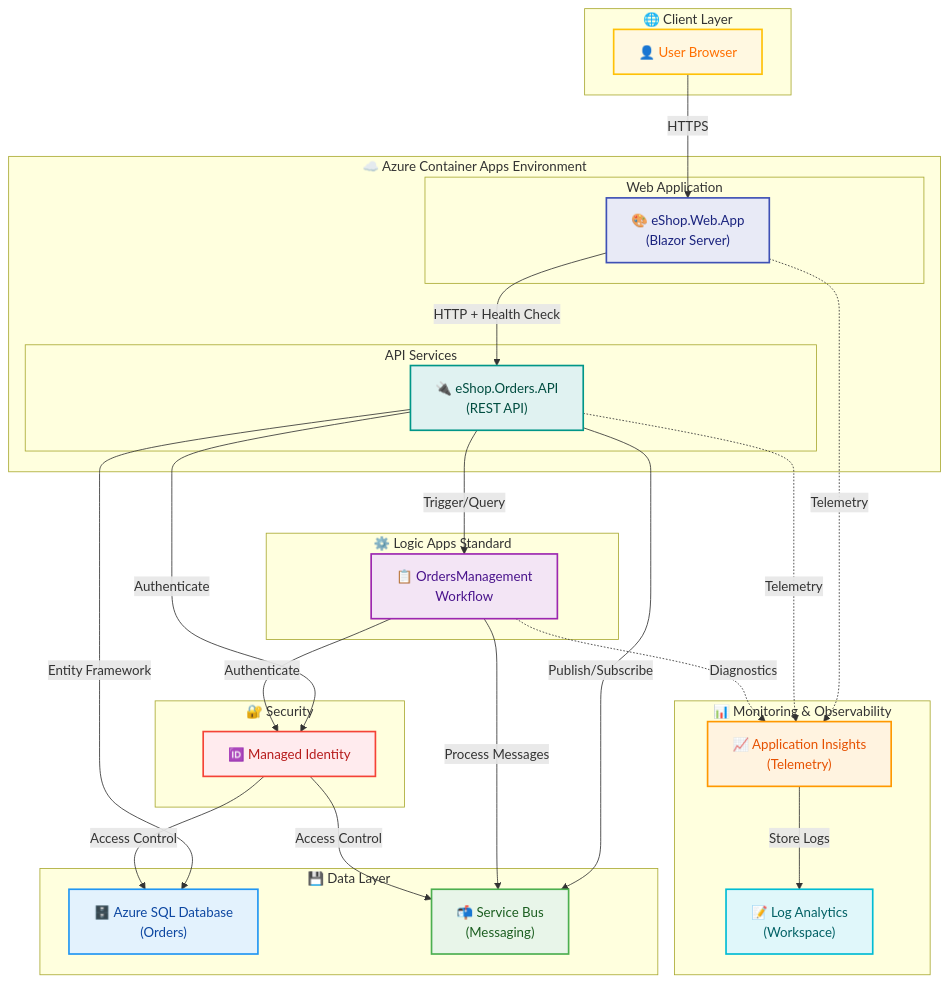
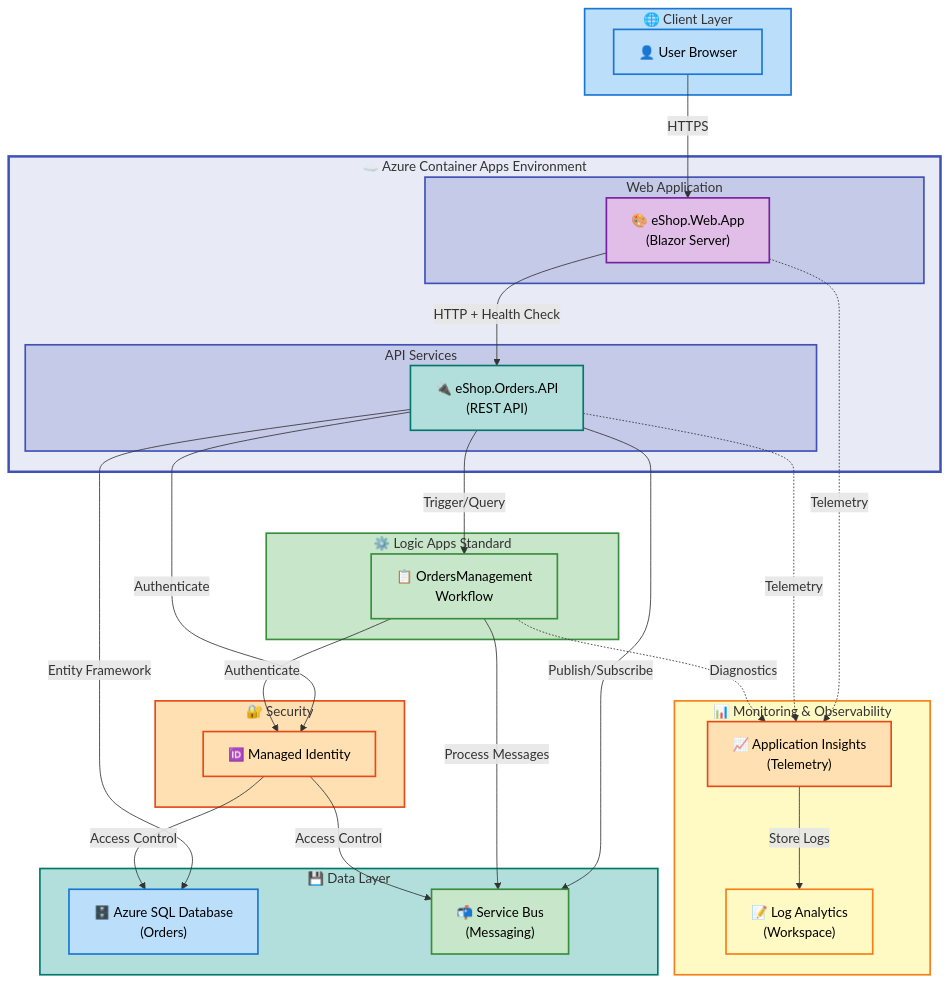
One commit to Evilazaro/Azure-LogicApps-Monitoring changed the diagram in README.md. Above: the diagram before and after it, drawn with Mermaid.

Commit message:
Enhance README.md with detailed color scheme documentation and accessibility improvements for flowchart styling

````diff
--- a/README.md
+++ b/README.md
@@ -51,13 +51,42 @@
     accTitle: Azure Logic Apps Monitoring Architecture
     accDescr: Multi-tier architecture showing web app, API services, Logic Apps workflows, and Azure monitoring infrastructure
 
+    %% ============================================
+    %% COLOR SCHEME DOCUMENTATION
+    %% ============================================
+    %% HIERARCHICAL (structural nesting):
+    %%   Level 1: #E8EAF6 (Indigo 50) - Main container (aca)
+    %%   Level 2: #C5CAE9 (Indigo 100) - Sub-containers (webapp, api)
+    %% SEMANTIC (functional purpose at Level 1):
+    %%   Client Layer: Blue #BBDEFB (User interaction)
+    %%   Workflows: Green #C8E6C9 (Process/workload)
+    %%   Data Layer: Teal #B2DFDB (Data storage)
+    %%   Monitoring: Yellow #FFF9C4 (Observability)
+    %%   Security: Orange #FFE0B2 (Authentication)
+    %% CONTENT NODES: Material Design 100-level semantic colors
+    %% ============================================
+
+    %% ============================================
+    %% STANDARD COLOR SCHEME
+    %% ============================================
+    classDef level1Group fill:#E8EAF6,stroke:#3F51B5,stroke-width:3px,color:#000
+    classDef level2Group fill:#C5CAE9,stroke:#3F51B5,stroke-width:2px,color:#000
+    classDef mdBlue fill:#BBDEFB,stroke:#1976D2,stroke-width:2px,color:#000
+    classDef mdGreen fill:#C8E6C9,stroke:#388E3C,stroke-width:2px,color:#000
+    classDef mdYellow fill:#FFF9C4,stroke:#F57F17,stroke-width:2px,color:#000
+    classDef mdOrange fill:#FFE0B2,stroke:#E64A19,stroke-width:2px,color:#000
+    classDef mdTeal fill:#B2DFDB,stroke:#00796B,stroke-width:2px,color:#000
+    classDef mdPurple fill:#E1BEE7,stroke:#7B1FA2,stroke-width:2px,color:#000
+    classDef mdRed fill:#FFCDD2,stroke:#D32F2F,stroke-width:2px,color:#000
+    %% ============================================
+
     subgraph client["🌐 Client Layer"]
-        user["👤 User Browser"]:::mdAmber
+        user["👤 User Browser"]:::mdBlue
     end
 
     subgraph aca["☁️ Azure Container Apps Environment"]
         subgraph webapp["Web Application"]
-            blazor["🎨 eShop.Web.App<br/>(Blazor Server)"]:::mdIndigo
+            blazor["🎨 eShop.Web.App<br/>(Blazor Server)"]:::mdPurple
         end
 
         subgraph api["API Services"]
@@ -66,7 +95,7 @@
     end
 
     subgraph workflows["⚙️ Logic Apps Standard"]
-        logicapp["📋 OrdersManagement<br/>Workflow"]:::mdPurple
+        logicapp["📋 OrdersManagement<br/>Workflow"]:::mdGreen
     end
 
     subgraph data["💾 Data Layer"]
@@ -76,11 +105,11 @@
 
     subgraph monitoring["📊 Monitoring & Observability"]
         appinsights["📈 Application Insights<br/>(Telemetry)"]:::mdOrange
-        loganalytics["📝 Log Analytics<br/>(Workspace)"]:::mdCyan
+        loganalytics["📝 Log Analytics<br/>(Workspace)"]:::mdYellow
     end
 
     subgraph identity["🔐 Security"]
-        managedid["🆔 Managed Identity"]:::mdRed
+        managedid["🆔 Managed Identity"]:::mdOrange
     end
 
     user -->|HTTPS| blazor
@@ -100,13 +129,17 @@
     managedid -->|Access Control| sqldb
     managedid -->|Access Control| servicebus
 
-    classDef mdIndigo fill:#E8EAF6,stroke:#3F51B5,stroke-width:2px,color:#1A237E
-    classDef mdTeal fill:#E0F2F1,stroke:#009688,stroke-width:2px,color:#004D40
-    classDef mdPurple fill:#F3E5F5,stroke:#9C27B0,stroke-width:2px,color:#4A148C
-    classDef mdBlue fill:#E3F2FD,stroke:#2196F3,stroke-width:2px,color:#0D47A1
-    classDef mdGreen fill:#E8F5E9,stroke:#4CAF50,stroke-width:2px,color:#1B5E20
-    classDef mdOrange fill:#FFF3E0,stroke:#FF9800,stroke-width:2px,color:#E65100
-    classDef mdCyan fill:#E0F7FA,stroke:#00BCD4,stroke-width:2px,color:#006064
-    classDef mdRed fill:#FFEBEE,stroke:#F44336,stroke-width:2px,color:#B71C1C
-    classDef mdAmber fill:#FFF8E1,stroke:#FFC107,stroke-width:2px,color:#FF6F00
+    %% ============================================
+    %% SUBGRAPH STYLING (MANDATORY - 7 subgraphs = 7 style directives)
+    %% ============================================
+    style client fill:#BBDEFB,stroke:#1976D2,stroke-width:2px
+    style aca fill:#E8EAF6,stroke:#3F51B5,stroke-width:3px
+    style webapp fill:#C5CAE9,stroke:#3F51B5,stroke-width:2px
+    style api fill:#C5CAE9,stroke:#3F51B5,stroke-width:2px
+    style workflows fill:#C8E6C9,stroke:#388E3C,stroke-width:2px
+    style data fill:#B2DFDB,stroke:#00796B,stroke-width:2px
+    style monitoring fill:#FFF9C4,stroke:#F57F17,stroke-width:2px
+    style identity fill:#FFE0B2,stroke:#E64A19,stroke-width:2px
+
+    %% Accessibility: WCAG AA verified (4.5:1 contrast ratio minimum)
 ```
````
